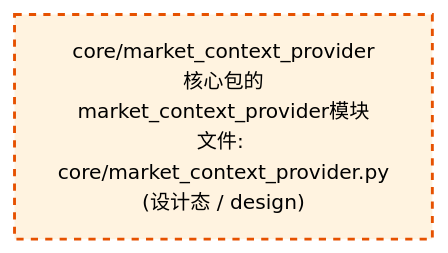
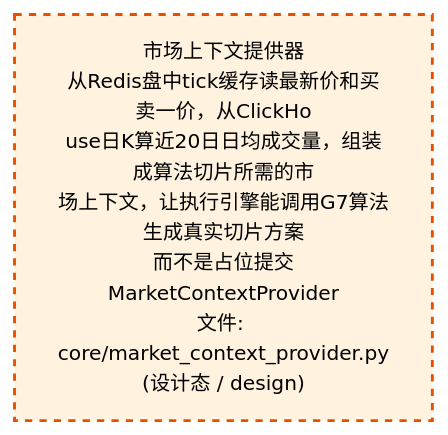
One commit to xuanFelixVan/ZephyrAlpha changed the third of 4 diagrams in docs/02_enterprise_architecture/02_domain_architecture_docs/45_d_ex_sor.md. Above: the diagram before and after it, drawn with Mermaid. The commit also changed other lines of this file and 94 other files, not shown here.

````diff
--- a/docs/02_enterprise_architecture/02_domain_architecture_docs/45_d_ex_sor.md
+++ b/docs/02_enterprise_architecture/02_domain_architecture_docs/45_d_ex_sor.md
@@ -199,10 +199,10 @@
 ```mermaid
 %%{init: {'theme': 'base', 'themeVariables': {'primaryColor': '#eaeaea', 'primaryTextColor': '#333333', 'primaryBorderColor': '#666666', 'lineColor': '#666666', 'secondaryColor': '#eaeaea', 'tertiaryColor': '#eaeaea', 'fontSize': '14px'}}}%%
 flowchart TD
-    src_zephyr_ex_sor_core_market_context_provider_py["core/market_context_provider<br/>核心包的market_context_provider模块<br/>文件: core/market_context_provider.py<br/>(设计态 / design)"]
+    src_zephyr_ex_sor_core_market_context_provider_py["市场上下文提供器<br/>从Redis盘中tick缓存读最新价和买卖一价，从ClickHo<br/>use日K算近20日日均成交量，组装成算法切片所需的市<br/>场上下文，让执行引擎能调用G7算法生成真实切片方案<br/>而不是占位提交<br/>MarketContextProvider<br/>文件: core/market_context_provider.py<br/>(设计态 / design)"]
     classDef production fill:#e1f5fe,stroke:#01579b,stroke-width:2px,color:#000
     classDef design fill:#fff3e0,stroke:#e65100,stroke-width:2px,color:#000,stroke-dasharray: 5 5
     classDef external_prod fill:#e8f4fd,stroke:#0277bd,stroke-width:1px,color:#000
     classDef external_design fill:#fff8e7,stroke:#ef6c00,stroke-width:1px,color:#000,stroke-dasharray: 5 5
     class src_zephyr_ex_sor_core_market_context_provider_py design
 ```
````
